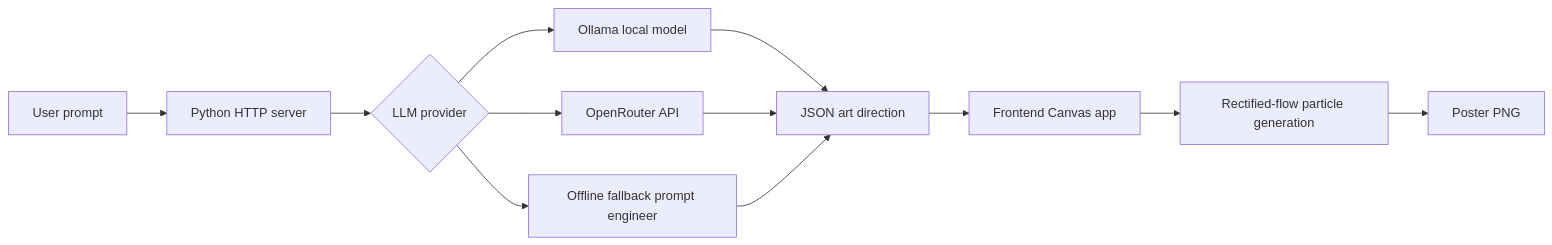
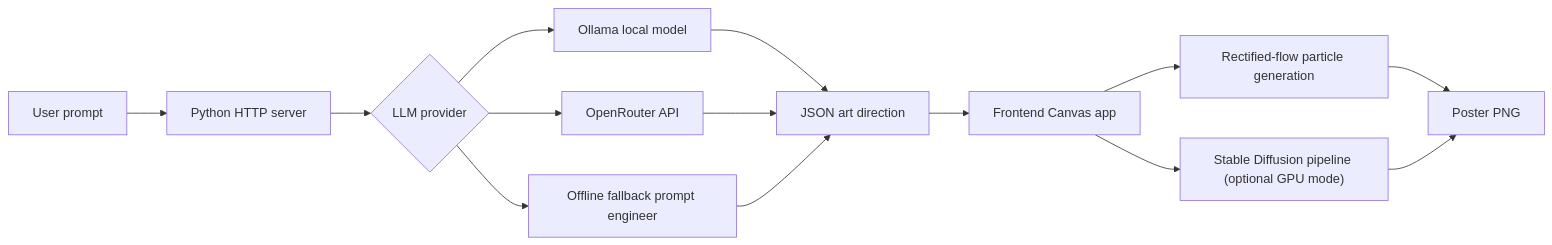
One commit to neveai14-oss/314833009_HW7_project changed the diagram in README.md. Above: the diagram before and after it, drawn with Mermaid. The commit also changed other lines of this file and 8 other files, not shown here.

Commit message:
Add optional Stable Diffusion GPU mode

````diff
--- a/README.md
+++ b/README.md
@@ -18,14 +19,16 @@
 ```mermaid
 flowchart LR
     A["User prompt"] --> B["Python HTTP server"]
     B --> C{"LLM provider"}
     C --> D["Ollama local model"]
     C --> E["OpenRouter API"]
     C --> F["Offline fallback prompt engineer"]
     D --> G["JSON art direction"]
     E --> G
     F --> G
     G --> H["Frontend Canvas app"]
     H --> I["Rectified-flow particle generation"]
+    H --> K["Stable Diffusion pipeline (optional GPU mode)"]
     I --> J["Poster PNG"]
+    K --> J
 ```
````
